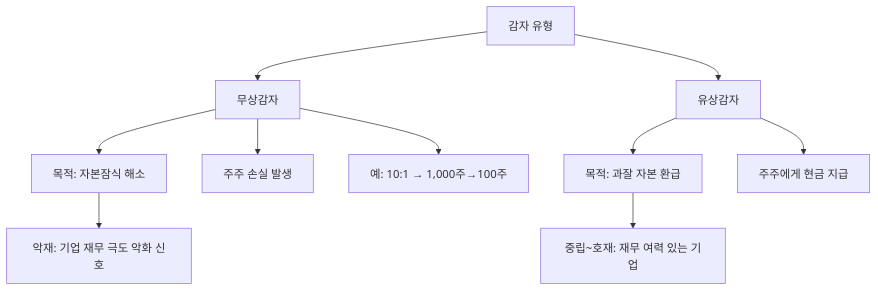
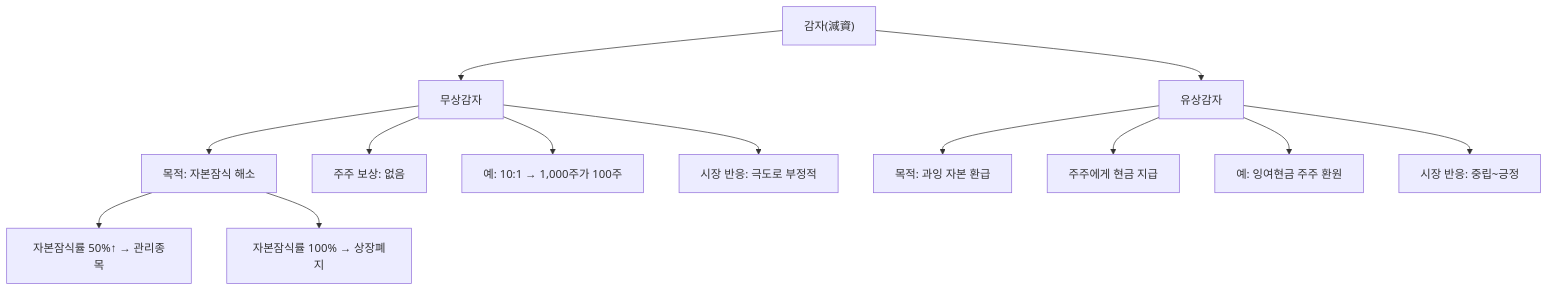
Before and after one commit to yeongseon/stock-visual-note: the diagram in content/stock-terms/ko/level-07-earnings/capital-reduction.md, drawn with Mermaid. The commit also changed other lines of this file and 9 other files, not shown here.

Commit message:
content: rewrite level-07 (10 articles) — richer diagrams, realistic scenarios, blog tone

````diff
--- a/content/stock-terms/ko/level-07-earnings/capital-reduction.md
+++ b/content/stock-terms/ko/level-07-earnings/capital-reduction.md
@@ -40,13 +43,16 @@
 ```mermaid
 graph TD
-    A["감자 유형"]
+    A["감자(減資)"]
     A --> B["무상감자"]
     A --> C["유상감자"]
     B --> B1["목적: 자본잠식 해소"]
-    B --> B2["주주 손실 발생"]
-    B --> B3["예: 10:1 → 1,000주→100주"]
-    C --> C1["목적: 과잘 자본 환급"]
+    B --> B2["주주 보상: 없음"]
+    B --> B3["예: 10:1 → 1,000주가 100주"]
+    B --> B4["시장 반응: 극도로 부정적"]
+    C --> C1["목적: 과잉 자본 환급"]
     C --> C2["주주에게 현금 지급"]
-    B1 --> D["악재: 기업 재무 극도 악화 신호"]
-    C1 --> E["중립~호재: 재무 여력 있는 기업"]
+    C --> C3["예: 잉여현금 주주 환원"]
+    C --> C4["시장 반응: 중립~긍정"]
+    B1 --> D["자본잠식률 50%↑ → 관리종목"]
+    B1 --> E["자본잠식률 100% → 상장폐지"]
 ```
````
